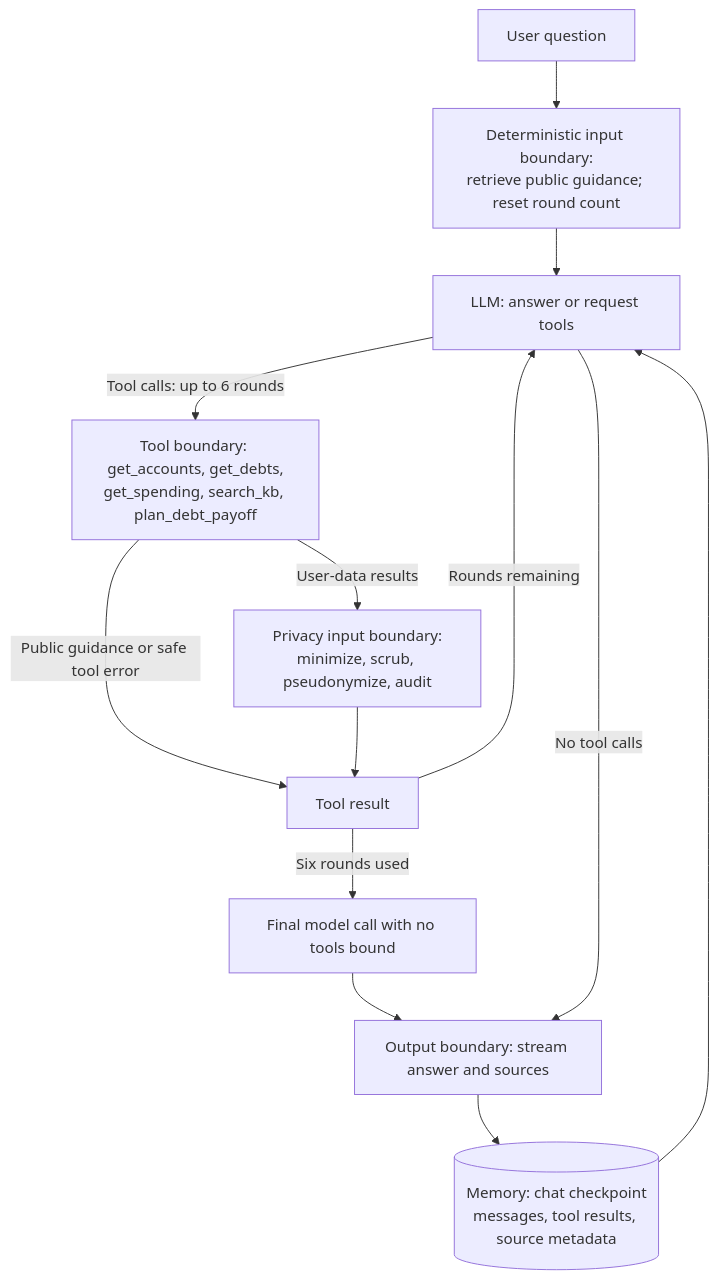
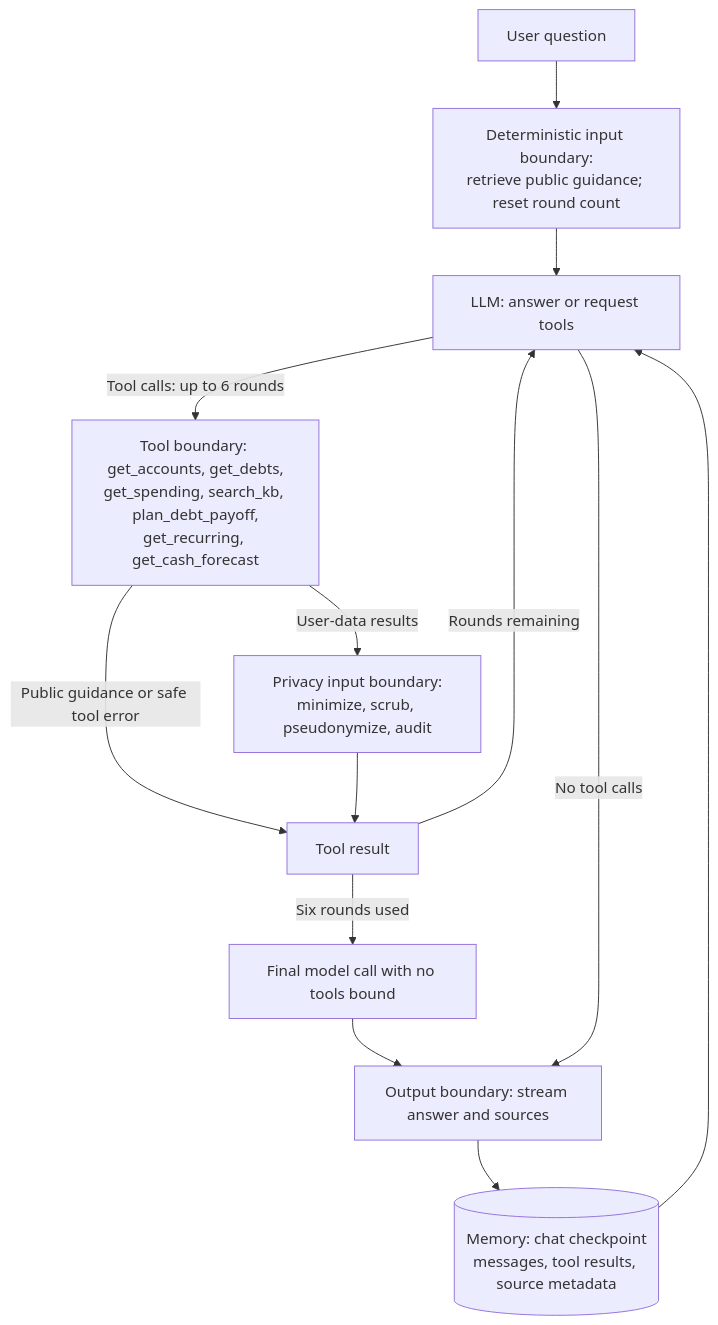
One commit to Del0m/Agentic-Financial-Dashboard changed the second of 5 diagrams in docs/agent-pipelines.md. Above: the diagram before and after it, drawn with Mermaid. The commit also changed other lines of this file and 3 other files, not shown here.

````diff
--- a/docs/agent-pipelines.md
+++ b/docs/agent-pipelines.md
@@ -62,15 +62,15 @@
 ```mermaid
 flowchart TD
     Q["User question"] --> Retrieve["Deterministic input boundary:<br/>retrieve public guidance; reset round count"]
     History[("Memory: chat checkpoint<br/>messages, tool results, source metadata")] --> LLM
     Retrieve --> LLM["LLM: answer or request tools"]
-    LLM -->|Tool calls: up to 6 rounds| Tools["Tool boundary: get_accounts, get_debts,<br/>get_spending, search_kb, plan_debt_payoff"]
+    LLM -->|Tool calls: up to 6 rounds| Tools["Tool boundary: get_accounts, get_debts,<br/>get_spending, search_kb, plan_debt_payoff,<br/>get_recurring, get_cash_forecast"]
     Tools -->|User-data results| Gateway["Privacy input boundary:<br/>minimize, scrub, pseudonymize, audit"]
     Tools -->|Public guidance or safe tool error| Return["Tool result"]
     Gateway --> Return
     Return -->|Rounds remaining| LLM
     Return -->|Six rounds used| Final["Final model call with no tools bound"]
     Final --> Answer["Output boundary: stream answer and sources"]
     LLM -->|No tool calls| Answer
     Answer --> History
 ```
````
